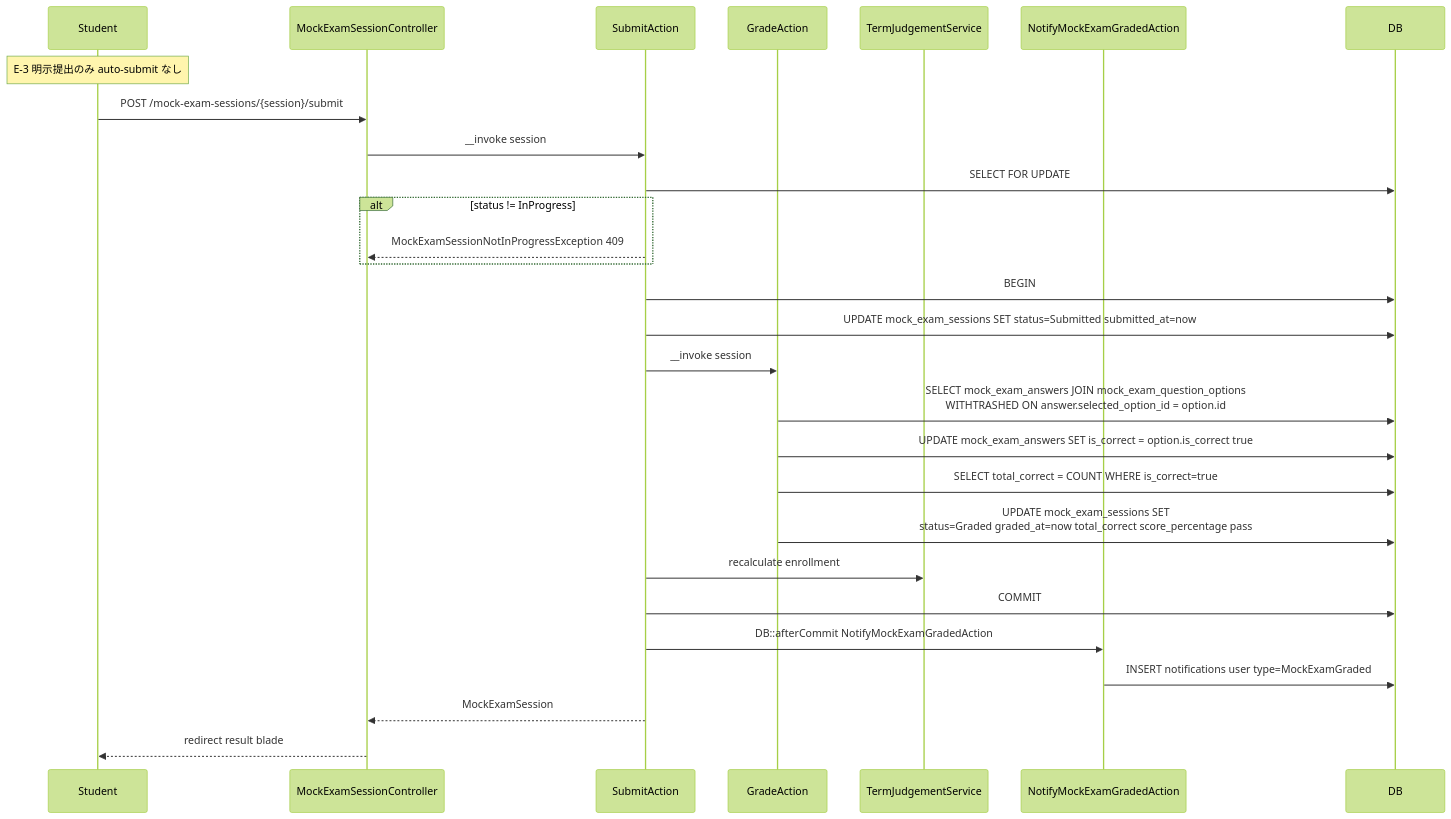
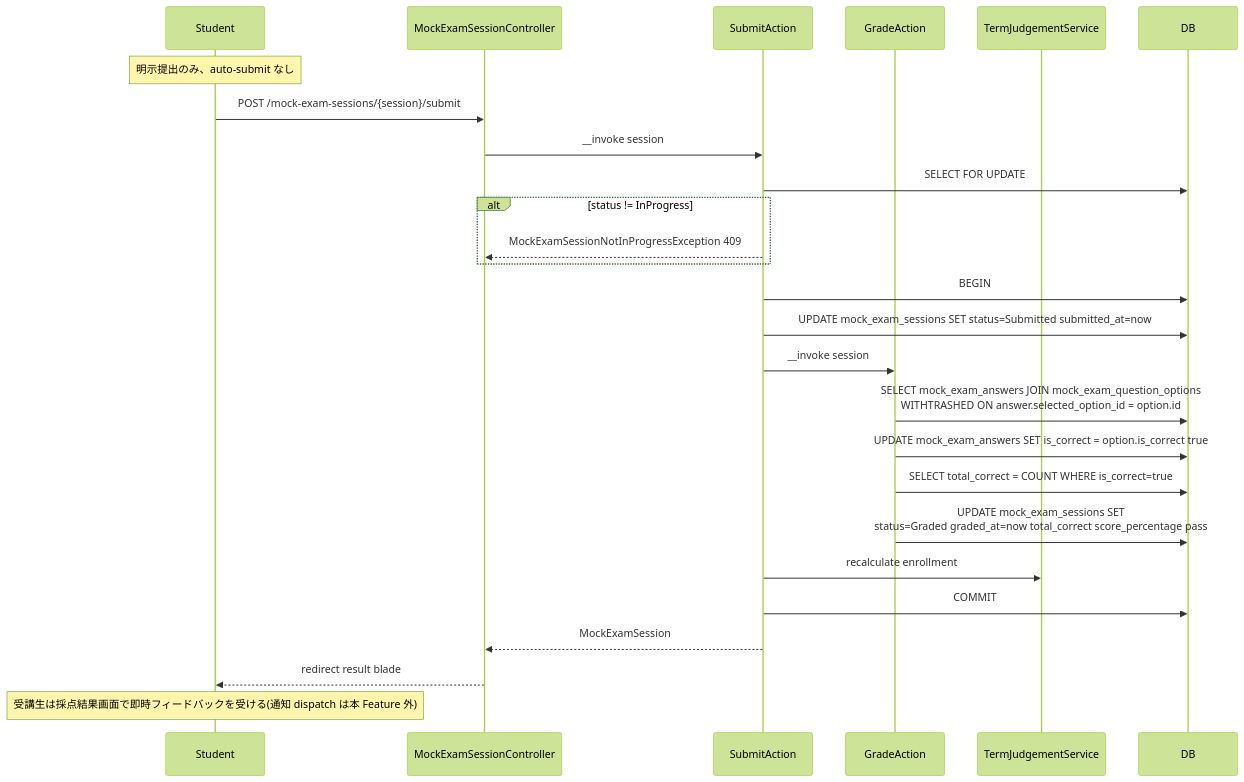
The fifth of 8 diagrams in docs/specs/mock-exam/design.md (coachtech-mockcase-second/ExampleAnswer-mockcase-CertifyLMS), drawn with Mermaid (forest theme) before and after one commit. The commit also changed other lines of this file and 203 other files, not shown here.

````diff
--- a/docs/specs/mock-exam/design.md
+++ b/docs/specs/mock-exam/design.md
@@ -163,31 +163,29 @@
 ```mermaid
 sequenceDiagram
     participant Student
     participant MESC as MockExamSessionController
     participant SubA as SubmitAction
     participant GrA as GradeAction
     participant TJS as TermJudgementService
-    participant Notif as NotifyMockExamGradedAction
     participant DB
 
-    Note over Student: E-3 明示提出のみ auto-submit なし
+    Note over Student: 明示提出のみ、auto-submit なし
     Student->>MESC: POST /mock-exam-sessions/{session}/submit
     MESC->>SubA: __invoke session
     SubA->>DB: SELECT FOR UPDATE
     alt status != InProgress
         SubA-->>MESC: MockExamSessionNotInProgressException 409
     end
     SubA->>DB: BEGIN
     SubA->>DB: UPDATE mock_exam_sessions SET status=Submitted submitted_at=now
     SubA->>GrA: __invoke session
     GrA->>DB: SELECT mock_exam_answers JOIN mock_exam_question_options<br/>WITHTRASHED ON answer.selected_option_id = option.id
     GrA->>DB: UPDATE mock_exam_answers SET is_correct = option.is_correct true
     GrA->>DB: SELECT total_correct = COUNT WHERE is_correct=true
     GrA->>DB: UPDATE mock_exam_sessions SET<br/>status=Graded graded_at=now total_correct score_percentage pass
     SubA->>TJS: recalculate enrollment
     SubA->>DB: COMMIT
-    SubA->>Notif: DB::afterCommit NotifyMockExamGradedAction
-    Notif->>DB: INSERT notifications user type=MockExamGraded
     SubA-->>MESC: MockExamSession
     MESC-->>Student: redirect result blade
+    Note over Student: 受講生は採点結果画面で即時フィードバックを受ける(通知 dispatch は本 Feature 外)
 ```
````
